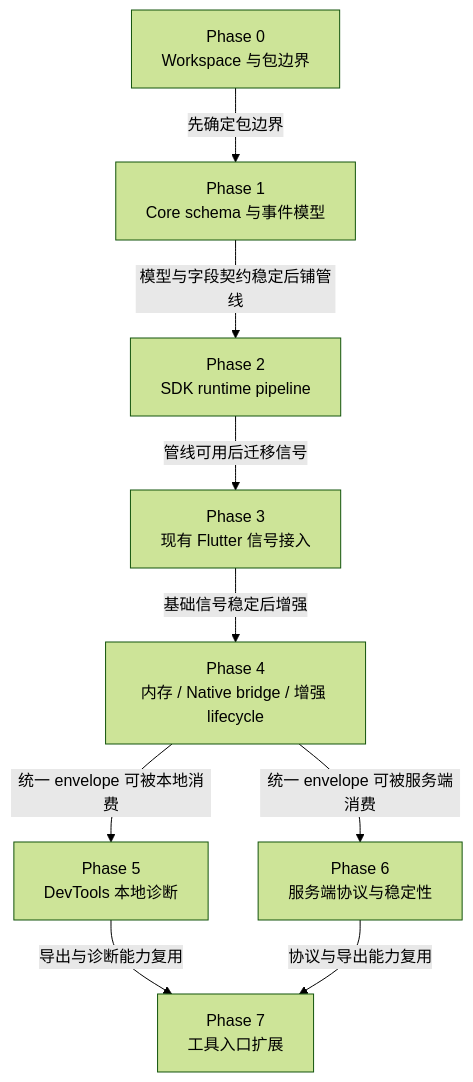
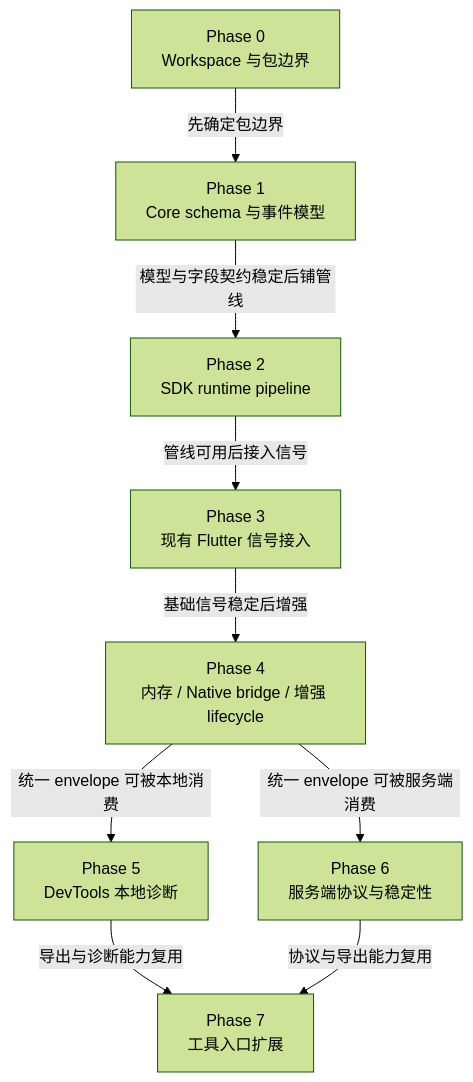
One commit to xinqingaa/flutter_monitor changed the diagram in docs/implementation_plan.md. Above: the diagram before and after it, drawn with Mermaid (forest theme). The commit also changed other lines of this file and 13 other files, not shown here.

````diff
--- a/docs/implementation_plan.md
+++ b/docs/implementation_plan.md
@@ -11,20 +11,20 @@
 ```mermaid
 flowchart TD
   P0["Phase 0<br/>Workspace 与包边界"]
   P1["Phase 1<br/>Core schema 与事件模型"]
   P2["Phase 2<br/>SDK runtime pipeline"]
   P3["Phase 3<br/>现有 Flutter 信号接入"]
   P4["Phase 4<br/>内存 / Native bridge / 增强 lifecycle"]
   P5["Phase 5<br/>DevTools 本地诊断"]
   P6["Phase 6<br/>服务端协议与稳定性"]
   P7["Phase 7<br/>工具入口扩展"]
 
   P0 -->|"先确定包边界"| P1
   P1 -->|"模型与字段契约稳定后铺管线"| P2
-  P2 -->|"管线可用后迁移信号"| P3
+  P2 -->|"管线可用后接入信号"| P3
   P3 -->|"基础信号稳定后增强"| P4
   P4 -->|"统一 envelope 可被本地消费"| P5
   P4 -->|"统一 envelope 可被服务端消费"| P6
   P5 -->|"导出与诊断能力复用"| P7
   P6 -->|"协议与导出能力复用"| P7
 ```
````
